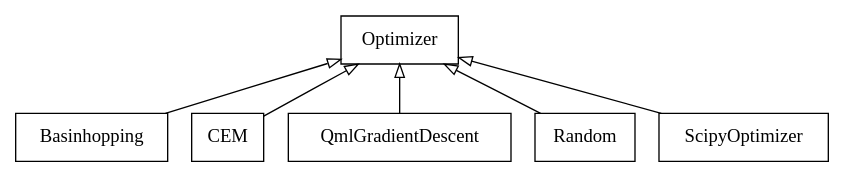
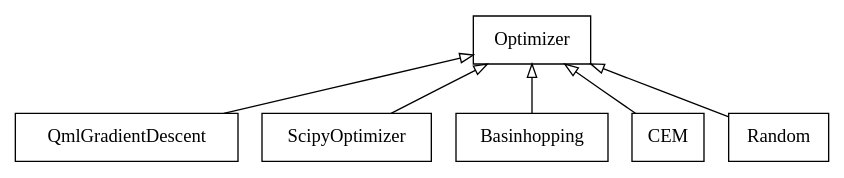
Before and after one commit to qc-lab/QHyper: the diagram in docs/source/_static/classes_optimizers.dot, drawn with Graphviz. The commit also changed other lines of this file and 8 other files, not shown here.

```diff
--- a/docs/source/_static/classes_optimizers.dot
+++ b/docs/source/_static/classes_optimizers.dot
@@ -1,15 +1,15 @@
 digraph "classes_optimizers" {
 rankdir=BT
 charset="utf-8"
+"QHyper.optimizers.base.Optimizer" [color="black", fontcolor="black", label="Optimizer", shape="record", style="solid"];
+"QHyper.optimizers.qml_gradient_descent.QmlGradientDescent" [color="black", fontcolor="black", label="QmlGradientDescent", shape="record", style="solid"];
+"QHyper.optimizers.scipy_minimizer.ScipyOptimizer" [color="black", fontcolor="black", label="ScipyOptimizer", shape="record", style="solid"];
 "QHyper.optimizers.basinhopping.Basinhopping" [color="black", fontcolor="black", label="Basinhopping", shape="record", style="solid"];
 "QHyper.optimizers.cem.CEM" [color="black", fontcolor="black", label="CEM", shape="record", style="solid"];
-"QHyper.optimizers.base.Optimizer" [color="black", fontcolor="black", label="Optimizer", shape="record", style="solid"];
-"QHyper.optimizers.qml_gradient_descent.QmlGradientDescent" [color="black", fontcolor="black", label="QmlGradientDescent", shape="record", style="solid"];
 "QHyper.optimizers.random.Random" [color="black", fontcolor="black", label="Random", shape="record", style="solid"];
-"QHyper.optimizers.scipy_minimizer.ScipyOptimizer" [color="black", fontcolor="black", label="ScipyOptimizer", shape="record", style="solid"];
 "QHyper.optimizers.basinhopping.Basinhopping" -> "QHyper.optimizers.base.Optimizer" [arrowhead="empty", arrowtail="none"];
 "QHyper.optimizers.cem.CEM" -> "QHyper.optimizers.base.Optimizer" [arrowhead="empty", arrowtail="none"];
 "QHyper.optimizers.qml_gradient_descent.QmlGradientDescent" -> "QHyper.optimizers.base.Optimizer" [arrowhead="empty", arrowtail="none"];
 "QHyper.optimizers.random.Random" -> "QHyper.optimizers.base.Optimizer" [arrowhead="empty", arrowtail="none"];
 "QHyper.optimizers.scipy_minimizer.ScipyOptimizer" -> "QHyper.optimizers.base.Optimizer" [arrowhead="empty", arrowtail="none"];
 }
```
